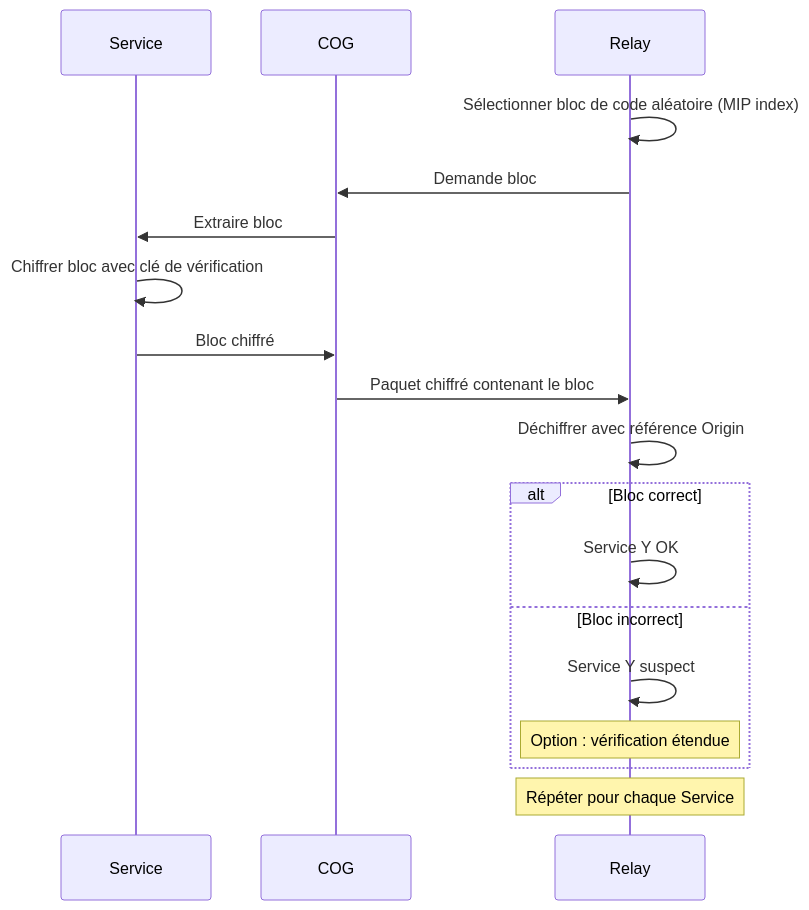
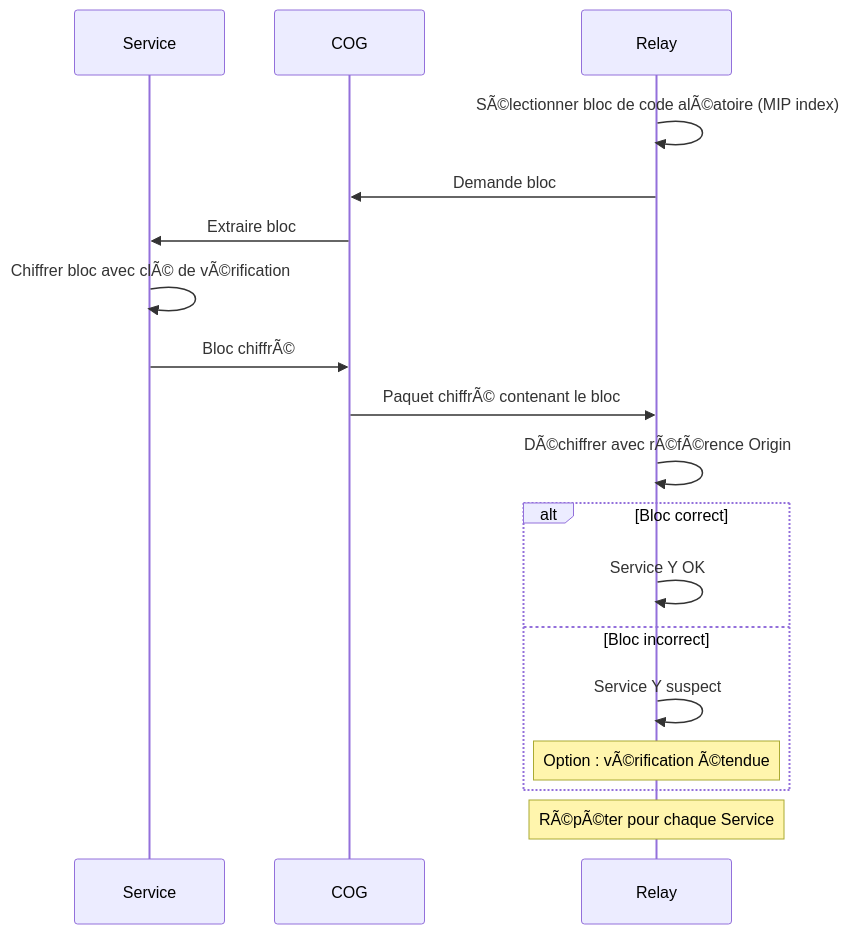
The third of 5 diagrams in docs/miyukini-webway-system/verification/MWS - Flux de Verification.md (StudioMiyukini/miyukini_cog), drawn with Mermaid before and after one commit. The commit also changed other lines of this file and 1287 other files, not shown here.

````diff
--- a/docs/miyukini-webway-system/verification/MWS - Flux de Verification.md
+++ b/docs/miyukini-webway-system/verification/MWS - Flux de Verification.md
@@ -119,21 +119,21 @@
 ```mermaid
 sequenceDiagram
     participant S as Service
     participant COG as COG
     participant R as Relay
 
-    R->>R: Sélectionner bloc de code aléatoire (MIP index)
+    R->>R: SÃ©lectionner bloc de code alÃ©atoire (MIP index)
     R->>COG: Demande bloc #X du Service Y
     COG->>S: Extraire bloc #X
-    S->>S: Chiffrer bloc avec clé de vérification
-    S->>COG: Bloc chiffré
-    COG->>R: Paquet chiffré contenant le bloc
-    R->>R: Déchiffrer avec référence Origin
+    S->>S: Chiffrer bloc avec clÃ© de vÃ©rification
+    S->>COG: Bloc chiffrÃ©
+    COG->>R: Paquet chiffrÃ© contenant le bloc
+    R->>R: DÃ©chiffrer avec rÃ©fÃ©rence Origin
     alt Bloc correct
         R->>R: Service Y OK
     else Bloc incorrect
         R->>R: Service Y suspect
-        Note over R: Option : vérification étendue
+        Note over R: Option : vÃ©rification Ã©tendue
     end
-    Note over R: Répéter pour chaque Service
+    Note over R: RÃ©pÃ©ter pour chaque Service
 ```
````
